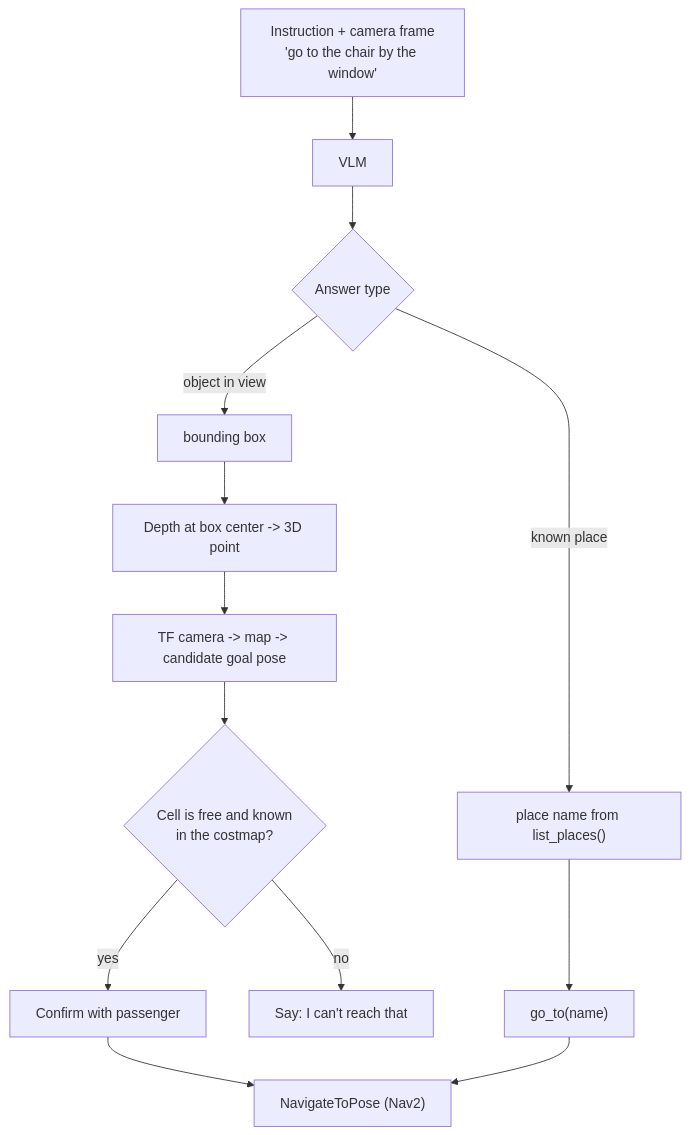
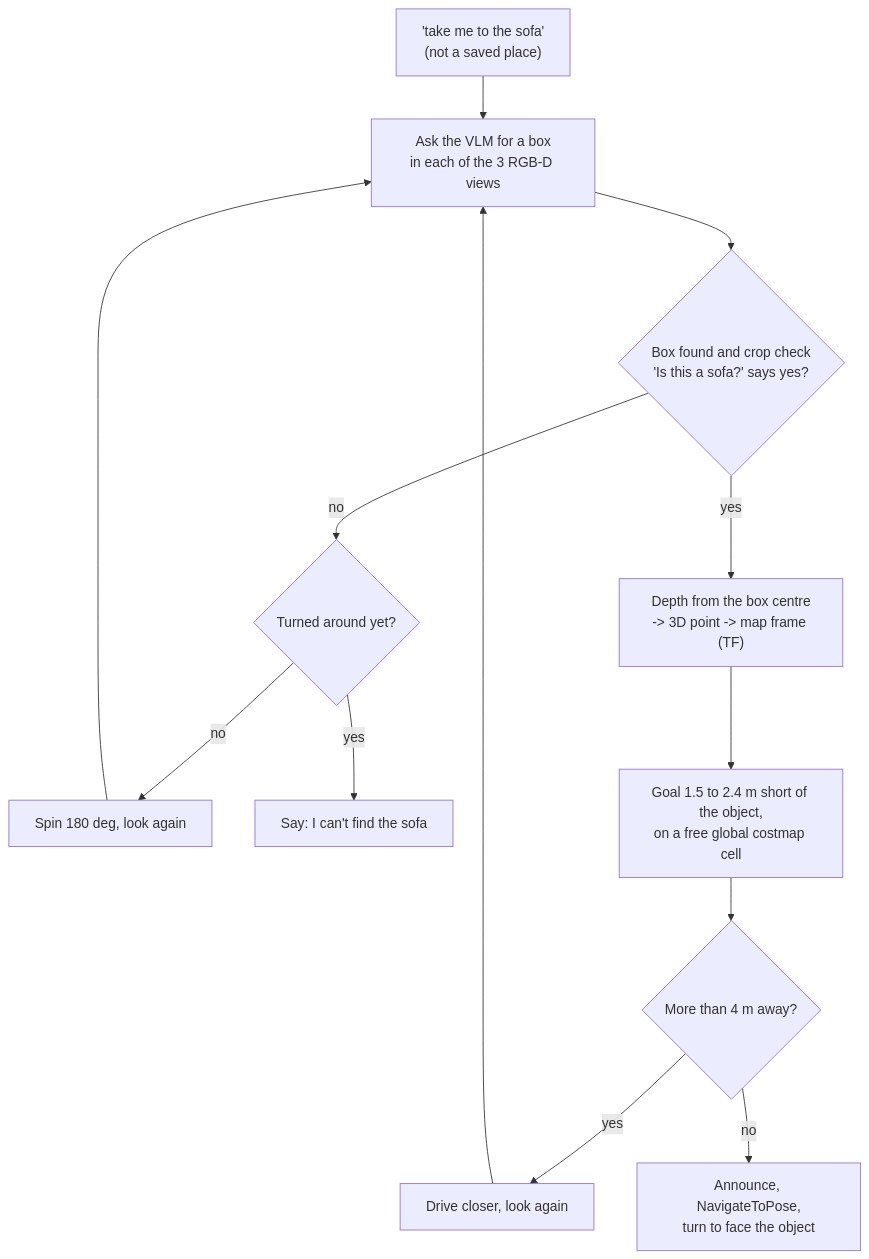
The eighth of 8 diagrams in docs/architecture.md (Aryan1092raj/Design-Practium), drawn with Mermaid before and after one commit. The commit also changed other lines of this file and 4 other files, not shown here.

Commit message:
Add voice navigation feature and update architecture documentation

````diff
--- a/docs/architecture.md
+++ b/docs/architecture.md
@@ -290,15 +328,13 @@
 ```mermaid
 flowchart TD
-    I["Instruction + camera frame<br/>'go to the chair by the window'"] --> V["VLM"]
-    V --> Q{"Answer type"}
-    Q -- "known place" --> P["place name from list_places()"]
-    Q -- "object in view" --> B["bounding box"]
-    P --> G["go_to(name)"]
-    B --> D["Depth at box center -> 3D point"]
-    D --> T["TF camera -> map -> candidate goal pose"]
-    T --> F{"Cell is free and known<br/>in the costmap?"}
-    F -- "no" --> R["Say: I can't reach that"]
-    F -- "yes" --> C["Confirm with passenger"]
-    C --> N["NavigateToPose (Nav2)"]
-    G --> N
+    I["'take me to the sofa'<br/>(not a saved place)"] --> LOOK["Ask the VLM for a box<br/>in each of the 3 RGB-D views"]
+    LOOK --> VER{"Box found and crop check<br/>'Is this a sofa?' says yes?"}
+    VER -- "no" --> TURN{"Turned around yet?"}
+    TURN -- "no" --> SPIN["Spin 180 deg, look again"] --> LOOK
+    TURN -- "yes" --> NF["Say: I can't find the sofa"]
+    VER -- "yes" --> DEP["Depth from the box centre<br/>-> 3D point -> map frame (TF)"]
+    DEP --> STAND["Goal 1.5 to 2.4 m short of the object,<br/>on a free global costmap cell"]
+    STAND --> FAR{"More than 4 m away?"}
+    FAR -- "yes" --> NEAR["Drive closer, look again"] --> LOOK
+    FAR -- "no" --> GO["Announce, NavigateToPose,<br/>turn to face the object"]
 ```
````
